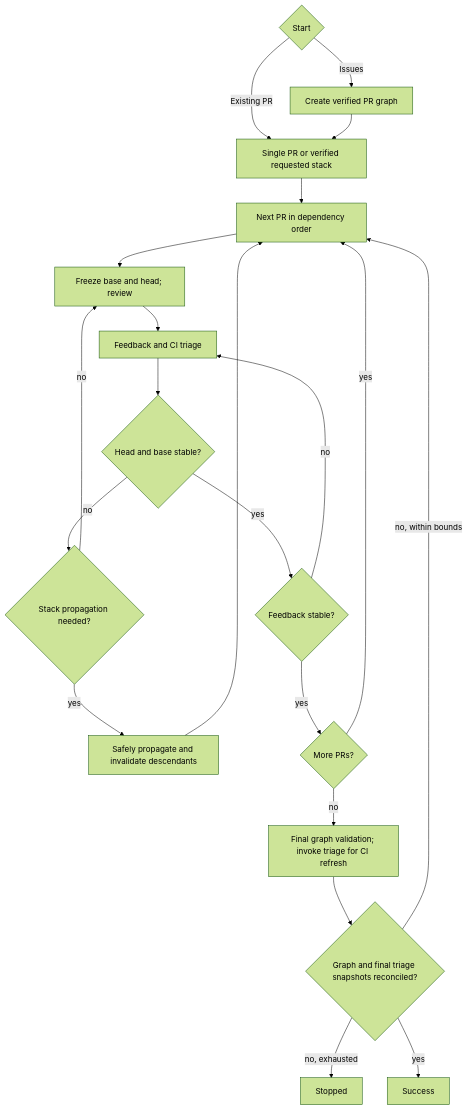
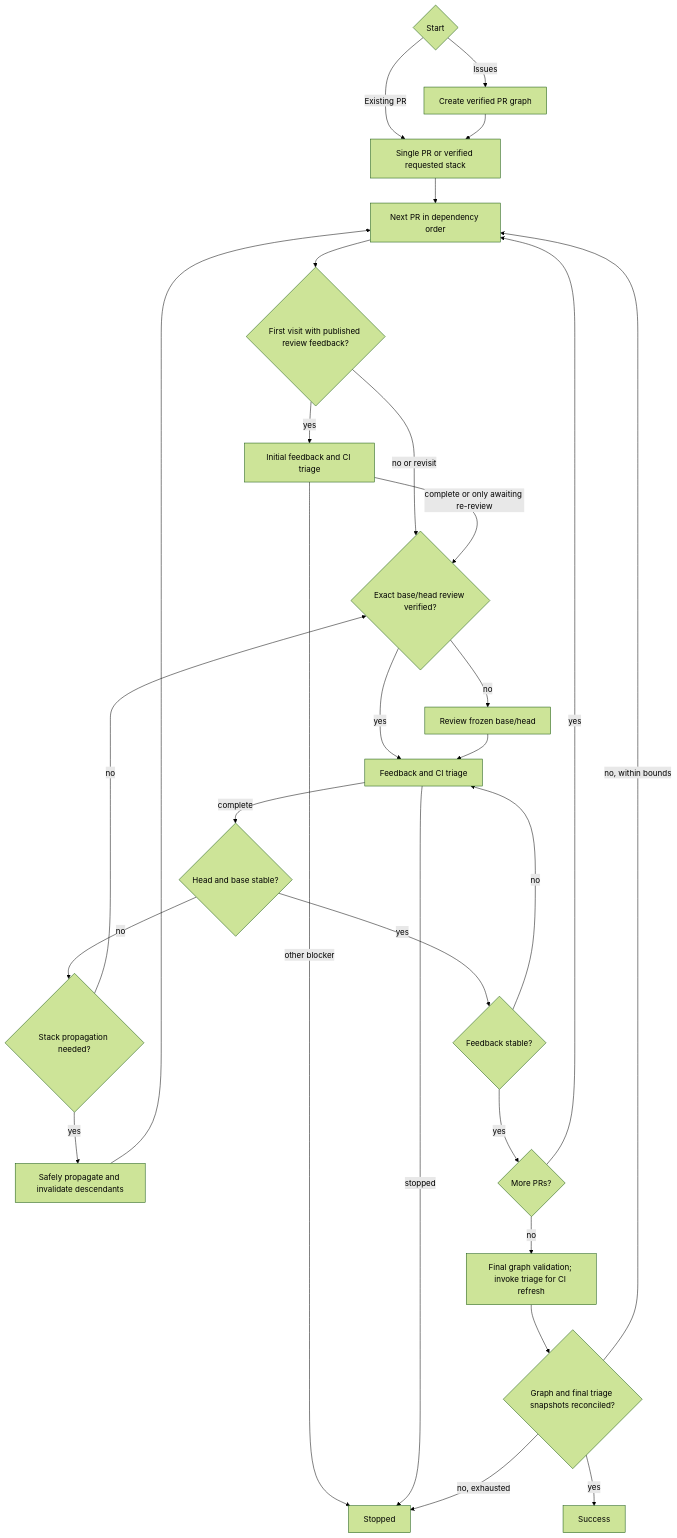
Before and after one commit to dceoy/pr-loop: the diagram in skills/pr-loop/SKILL.md, drawn with Mermaid (forest theme). The commit also changed other lines of this file and 3 other files, not shown here.

First line of the commit message:
Start pr-loop with feedback triage when a PR already has reviews (#59)

````diff
--- a/skills/pr-loop/SKILL.md
+++ b/skills/pr-loop/SKILL.md
@@ -25,23 +26,30 @@
 ```mermaid
 flowchart TD
   S{Start} -->|Issues| I[Create verified PR graph]
   S -->|Existing PR| A[Single PR or verified requested stack]
   I --> A
   A --> B[Next PR in dependency order]
-  B --> C[Freeze base and head; review]
-  C --> D[Feedback and CI triage]
-  D --> E{Head and base stable?}
+  B --> Q{First visit with published review feedback?}
+  Q -->|yes| T[Initial feedback and CI triage]
+  Q -->|no or revisit| C{Exact base/head review verified?}
+  T -->|complete or only awaiting re-review| C
+  T -->|other blocker| X[Stopped]
+  C -->|no| R[Review frozen base/head]
+  C -->|yes| D[Feedback and CI triage]
+  R --> D
+  D -->|complete| E{Head and base stable?}
+  D -->|stopped| X
   E -->|no| F{Stack propagation needed?}
   F -->|yes| G[Safely propagate and invalidate descendants]
   G --> B
   F -->|no| C
   E -->|yes| K{Feedback stable?}
   K -->|no| D
   K -->|yes| H{More PRs?}
   H -->|yes| B
   H -->|no| V[Final graph validation; invoke triage for CI refresh]
   V --> J{Graph and final triage snapshots reconciled?}
   J -->|no, within bounds| B
   J -->|no, exhausted| X[Stopped]
   J -->|yes| Y[Success]
 ```
````
